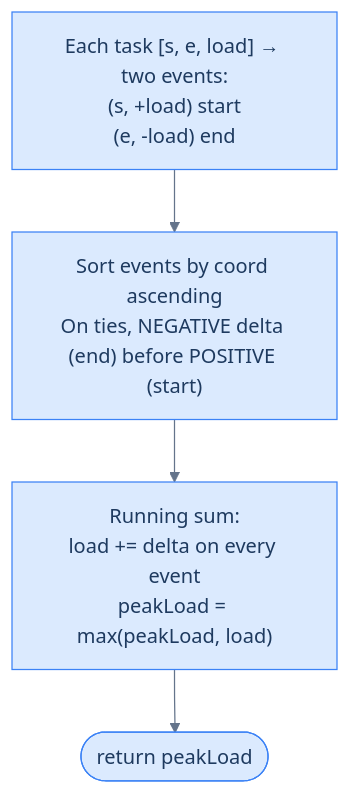
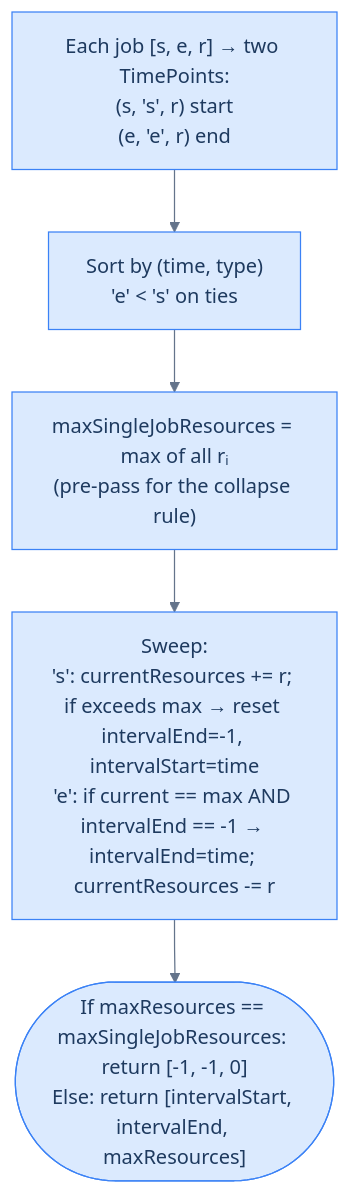
Before and after one commit to ani2fun/codefolio: diagram 20 of 20 in content/cortex/data-structures-and-algorithms/02-linear-structures/01-arrays/10-pattern-maximum-overlap.md, drawn with Mermaid. The commit also changed other lines of this file, not shown here.

First line of the commit message:
dsa: align chapter 10 (Min Meeting Rooms / Remove Intervals / Busiest Interval / Peak Resource Requirement) wholesale to source

````diff
--- a/content/cortex/data-structures-and-algorithms/02-linear-structures/01-arrays/10-pattern-maximum-overlap.md
+++ b/content/cortex/data-structures-and-algorithms/02-linear-structures/01-arrays/10-pattern-maximum-overlap.md
@@ -2240,19 +2771,20 @@
 ```mermaid
 ---
 config:
   theme: base
   themeVariables:
     primaryColor: "#dbeafe"
     primaryBorderColor: "#3b82f6"
     primaryTextColor: "#1e3a5f"
     lineColor: "#64748b"
     secondaryColor: "#ede9fe"
     tertiaryColor: "#fef9c3"
 ---
 flowchart TB
-    Split["Each task [s, e, load] → two events:<br/>(s, +load) start<br/>(e, -load) end"]
-    Sort["Sort events by coord ascending<br/>On ties, NEGATIVE delta (end) before POSITIVE (start)"]
-    Sweep["Running sum:<br/>load += delta on every event<br/>peakLoad = max(peakLoad, load)"]
-    Done(["return peakLoad"])
-    Split --> Sort --> Sweep --> Done
+    Split["Each job [s, e, r] → two TimePoints:<br/>(s, 's', r) start<br/>(e, 'e', r) end"]
+    Sort["Sort by (time, type)<br/>'e' < 's' on ties"]
+    Track["maxSingleJobResources = max of all rᵢ<br/>(pre-pass for the collapse rule)"]
+    Sweep["Sweep:<br/>'s': currentResources += r; if exceeds max → reset intervalEnd=-1, intervalStart=time<br/>'e': if current == max AND intervalEnd == -1 → intervalEnd=time; currentResources -= r"]
+    Final(["If maxResources == maxSingleJobResources: return [-1, -1, 0]<br/>Else: return [intervalStart, intervalEnd, maxResources]"])
+    Split --> Sort --> Track --> Sweep --> Final
 ```
````
